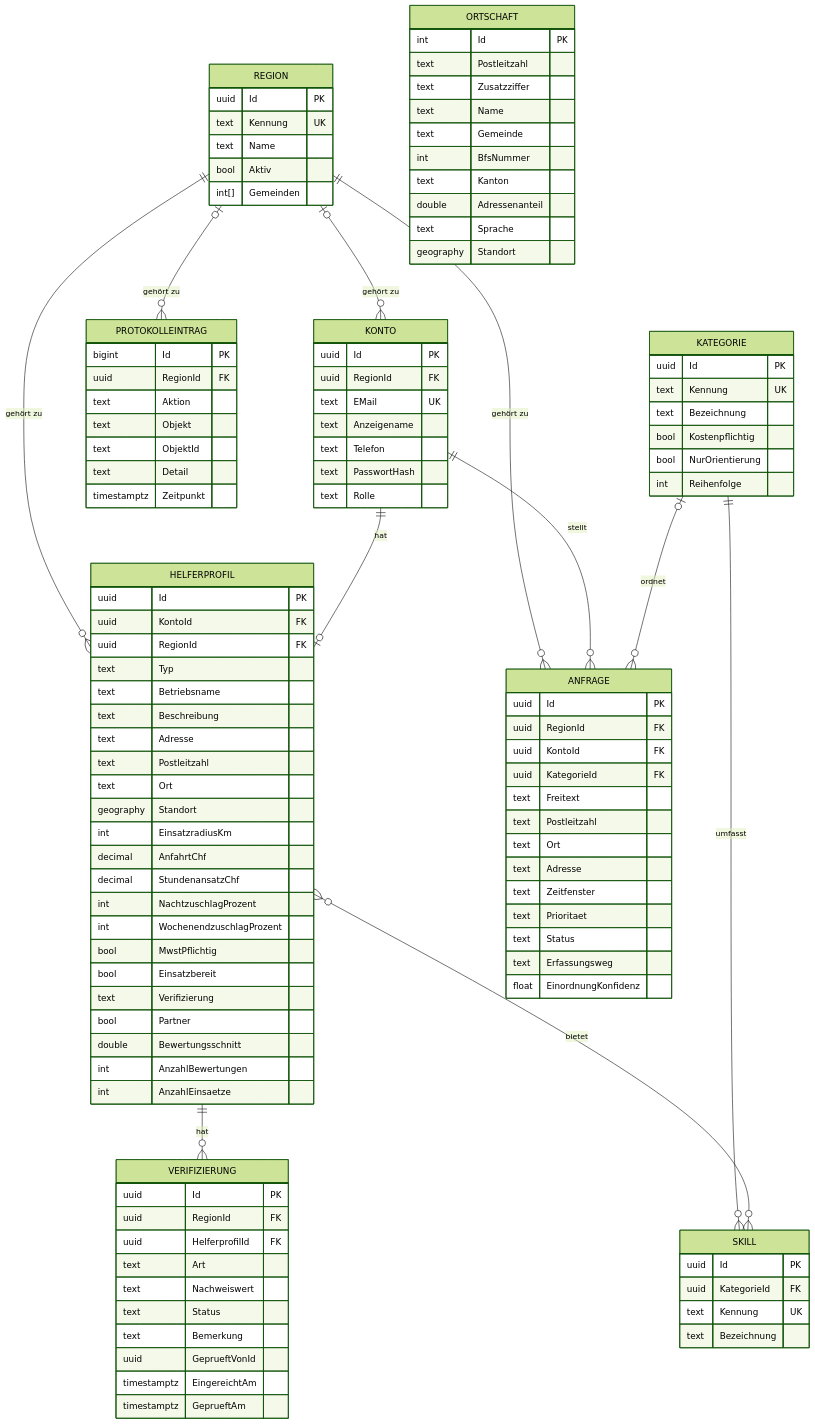
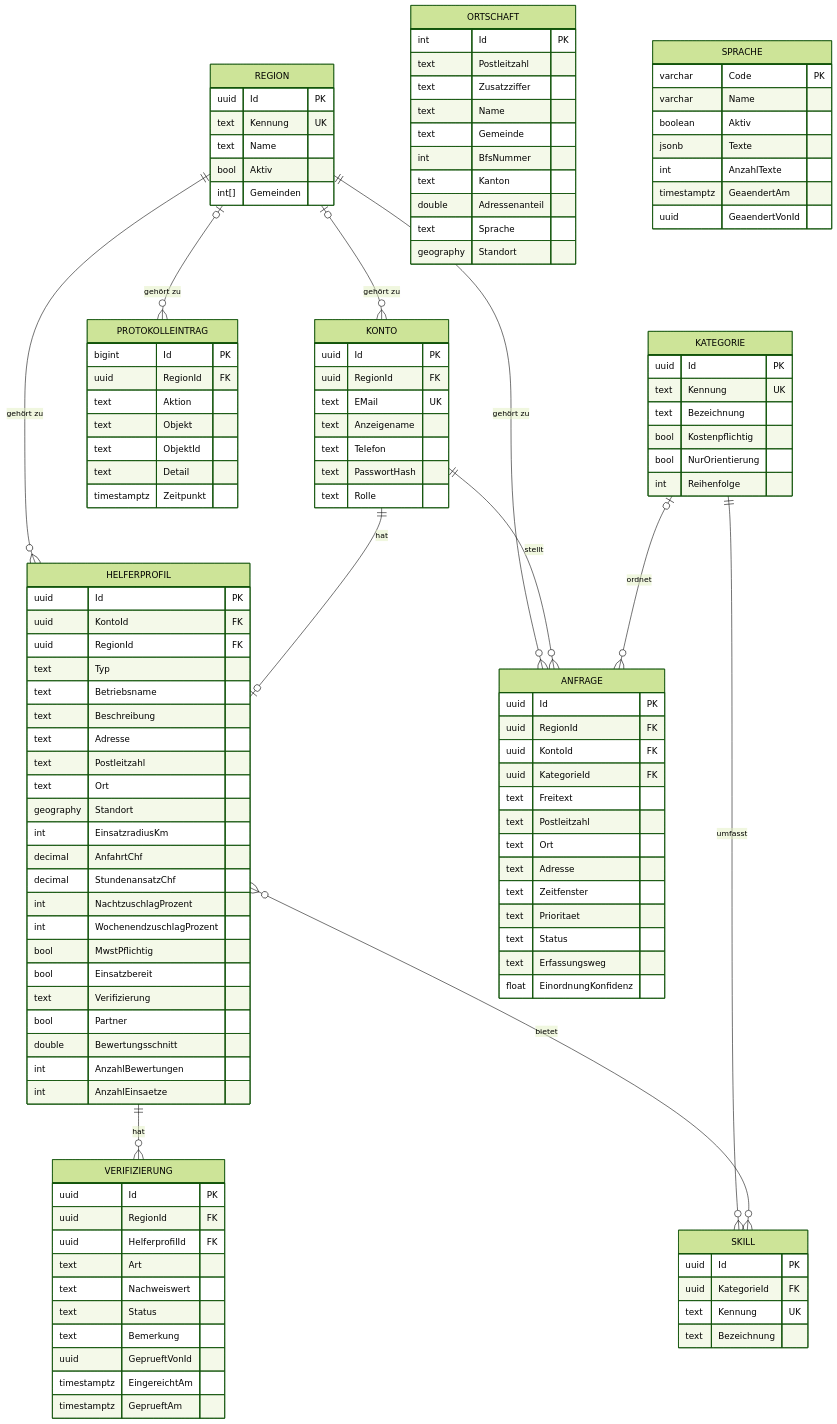
Before and after one commit to maliswiss/soforthilfe-bern-mittelland: the diagram in docs/datenmodell.md, drawn with Mermaid (forest theme). The commit also changed other lines of this file and 15 other files, not shown here.

````diff
--- a/docs/datenmodell.md
+++ b/docs/datenmodell.md
@@ -119,4 +119,13 @@
     text Detail
     timestamptz Zeitpunkt
   }
+  SPRACHE {
+    varchar Code PK
+    varchar Name
+    boolean Aktiv
+    jsonb Texte
+    int AnzahlTexte
+    timestamptz GeaendertAm
+    uuid GeaendertVonId
+  }
 ```
````
